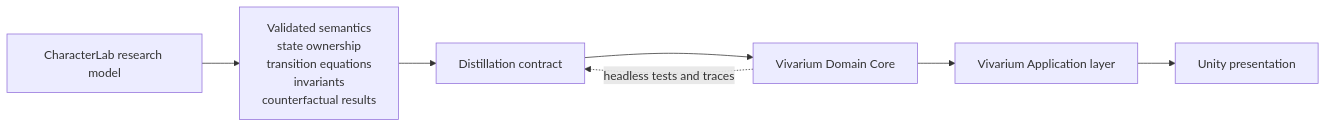
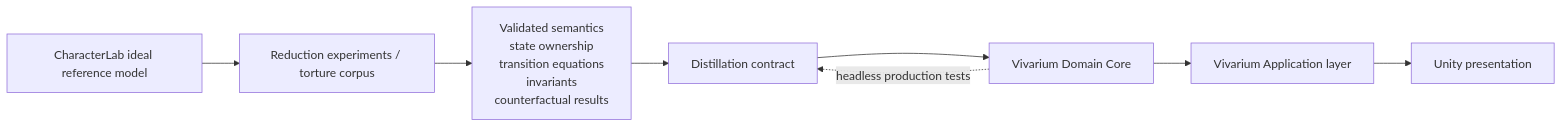
One commit to scoobydeezy/characterlab changed the ninth of 9 diagrams in CHARACTER_ARCHITECTURE.md. Above: the diagram before and after it, drawn with Mermaid. The commit also changed other lines of this file and 20 other files, not shown here.

Commit message:
chore: update documentation for architectural reset

````diff
--- a/CHARACTER_ARCHITECTURE.md
+++ b/CHARACTER_ARCHITECTURE.md
@@ -711,13 +1830,14 @@
 ```mermaid
 flowchart LR
-    CL[CharacterLab research model]
+    CL[CharacterLab ideal reference model]
+    Experiments[Reduction experiments / torture corpus]
     Findings[Validated semantics<br/>state ownership<br/>transition equations<br/>invariants<br/>counterfactual results]
     Contract[Distillation contract]
     VDomain[Vivarium Domain Core]
     VApp[Vivarium Application layer]
     Unity[Unity presentation]
 
-    CL --> Findings --> Contract --> VDomain
+    CL --> Experiments --> Findings --> Contract --> VDomain
     VDomain --> VApp --> Unity
-    VDomain -. headless tests and traces .-> Contract
+    VDomain -. headless production tests .-> Contract
 ```
````
